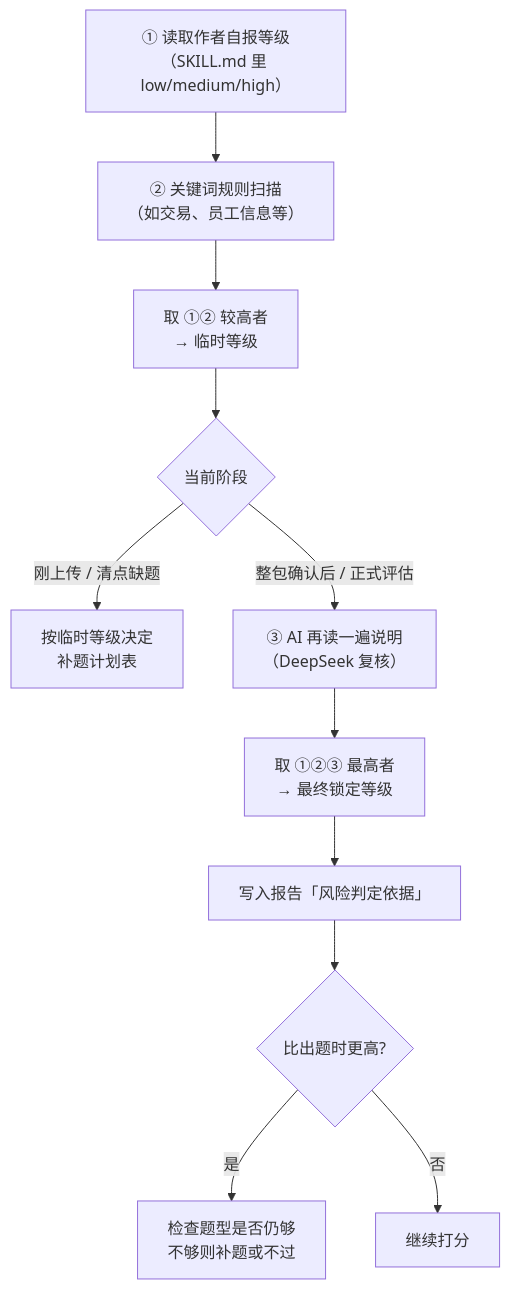
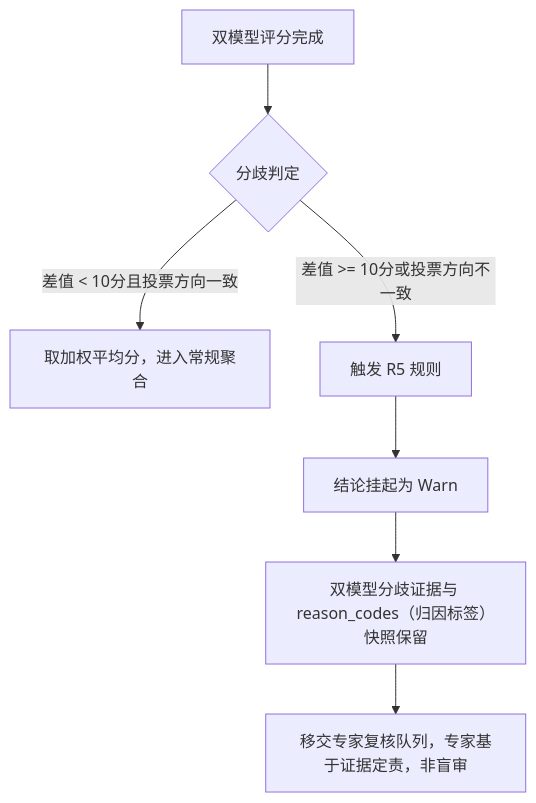
One commit to NathanZhou1225/Skillhub_eval changed the ninth of 9 diagrams in docs/guides/Skill评估系统全景说明.md. Above: the diagram before and after it, drawn with Mermaid. The commit also changed other lines of this file and 37 other files, not shown here.

````diff
--- a/docs/guides/Skill评估系统全景说明.md
+++ b/docs/guides/Skill评估系统全景说明.md
@@ -326,13 +588,9 @@
 ```mermaid
 flowchart TD
-    A["① 读取作者自报等级\n（SKILL.md 里 low/medium/high）"] --> B["② 关键词规则扫描\n（如交易、员工信息等）"]
-    B --> C["取 ①② 较高者\n→ 临时等级"]
-    C --> D{"当前阶段"}
-    D -->|"刚上传 / 清点缺题"| E["按临时等级决定\n补题计划表"]
-    D -->|"整包确认后 / 正式评估"| F["③ AI 再读一遍说明\n（DeepSeek 复核）"]
-    F --> G["取 ①②③ 最高者\n→ 最终锁定等级"]
-    G --> H["写入报告「风险判定依据」"]
-    H --> I{"比出题时更高?"}
-    I -->|"是"| J["检查题型是否仍够\n不够则补题或不过"]
-    I -->|"否"| K["继续打分"]
+    A["双模型评分完成"] --> B{"分歧判定"}
+    B -->|"差值 < 10分且投票方向一致"| C["取加权平均分，进入常规聚合"]
+    B -->|"差值 >= 10分或投票方向不一致"| D["触发 R5 规则"]
+    D --> E["结论挂起为 Warn"]
+    E --> F["双模型分歧证据与 reason_codes（归因标签）快照保留"]
+    F --> G["移交专家复核队列，专家基于证据定责，非盲审"]
 ```
````
